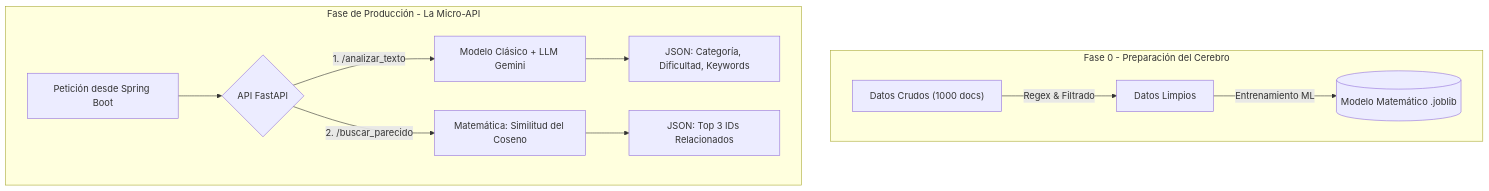
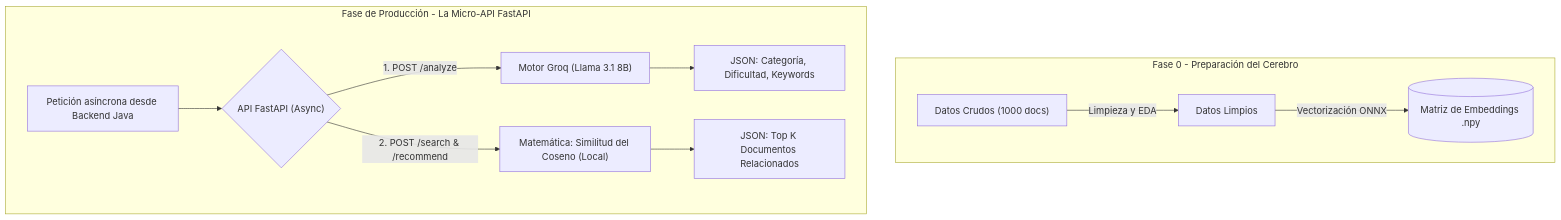
One commit to No-Country-simulation/G9-Team10-TechMind changed the diagram in Data/README.md. Above: the diagram before and after it, drawn with Mermaid. The commit also changed other lines of this file and 12 other files, not shown here.

````diff
--- a/Data/README.md
+++ b/Data/README.md
@@ -21,17 +21,17 @@
 ```mermaid
 graph TD
     subgraph Fase0 [Fase 0 - Preparación del Cerebro]
-        A["Datos Crudos (1000 docs)"] -->|"Regex & Filtrado"| B["Datos Limpios"]
-        B -->|"Entrenamiento ML"| C[("Modelo Matemático .joblib")]
+        A["Datos Crudos (1000 docs)"] -->|"Limpieza y EDA"| B["Datos Limpios"]
+        B -->|"Vectorización ONNX"| C[("Matriz de Embeddings .npy")]
     end
 
-    subgraph Produccion [Fase de Producción - La Micro-API]
-        D["Petición desde Spring Boot"] --> E{"API FastAPI"}
+    subgraph Produccion [Fase de Producción - La Micro-API FastAPI]
+        D["Petición asíncrona desde Backend Java"] --> E{"API FastAPI (Async)"}
         
-        E -->|"1. /analizar_texto"| F["Modelo Clásico + LLM Gemini"]
+        E -->|"1. POST /analyze"| F["Motor Groq (Llama 3.1 8B)"]
         F --> G["JSON: Categoría, Dificultad, Keywords"]
         
-        E -->|"2. /buscar_parecido"| H["Matemática: Similitud del Coseno"]
-        H --> I["JSON: Top 3 IDs Relacionados"]
+        E -->|"2. POST /search & /recommend"| H["Matemática: Similitud del Coseno (Local)"]
+        H --> I["JSON: Top K Documentos Relacionados"]
     end
 ```
````
